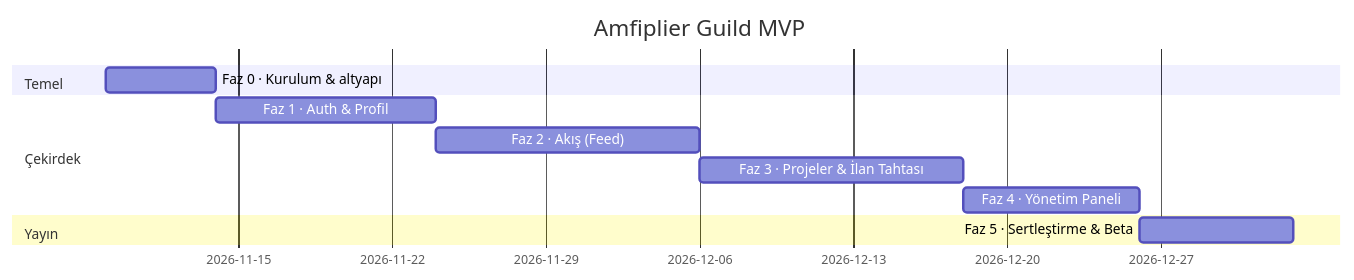
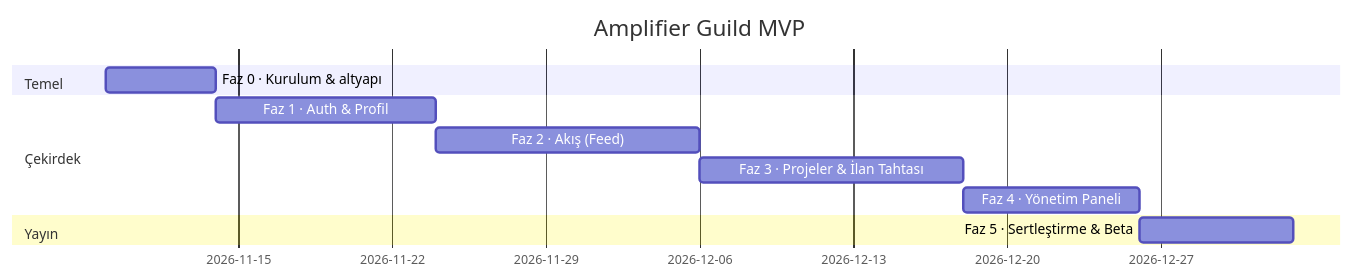
Before and after one commit to fizkall/Amplifier-guild: the diagram in docs/ROADMAP.md, drawn with Mermaid. The commit also changed other lines of this file and 24 other files, not shown here.

First line of the commit message:
İsim her yerde 'Amplifier Guild'

````diff
--- a/docs/ROADMAP.md
+++ b/docs/ROADMAP.md
@@ -6,14 +6,14 @@
 ```mermaid
 gantt
     dateFormat  YYYY-MM-DD
-    title Amfiplier Guild MVP
+    title Amplifier Guild MVP
     section Temel
     Faz 0 · Kurulum & altyapı        :f0, 2026-11-09, 5d
     section Çekirdek
     Faz 1 · Auth & Profil            :f1, after f0, 10d
     Faz 2 · Akış (Feed)              :f2, after f1, 12d
     Faz 3 · Projeler & İlan Tahtası  :f3, after f2, 12d
     Faz 4 · Yönetim Paneli           :f4, after f3, 8d
     section Yayın
     Faz 5 · Sertleştirme & Beta      :f5, after f4, 7d
 ```
````
